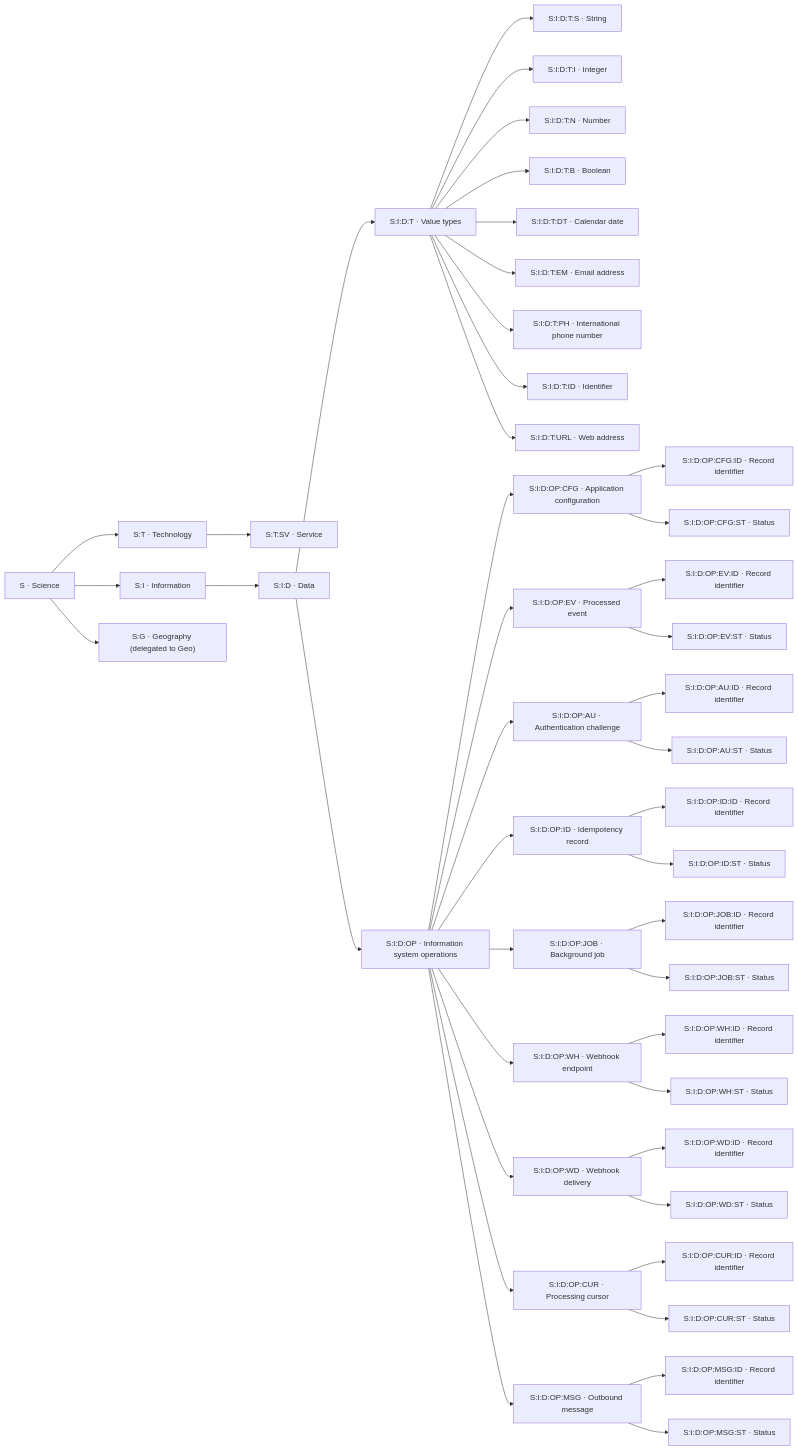
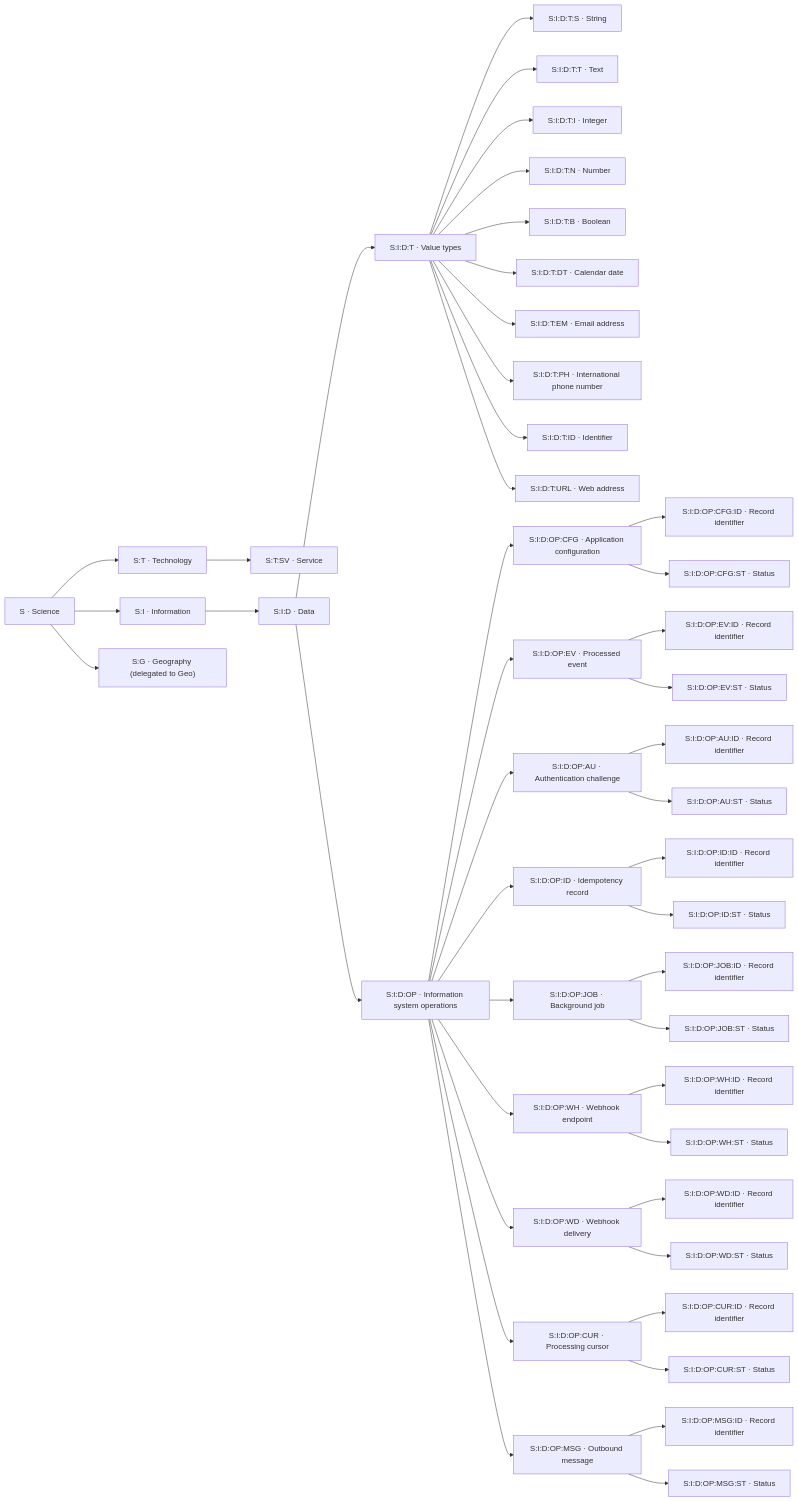
Before and after one commit to VowLabs/Ontology: the sixth of 7 diagrams in docs/taxonomy.md, drawn with Mermaid. The commit also changed other lines of this file and 11 other files, not shown here.

```diff
--- a/docs/taxonomy.md
+++ b/docs/taxonomy.md
@@ -1013,6 +1013,7 @@
     n_S_I_D["S:I:D · Data"]
     n_S_I_D_T["S:I:D:T · Value types"]
     n_S_I_D_T_S["S:I:D:T:S · String"]
+    n_S_I_D_T_T["S:I:D:T:T · Text"]
     n_S_I_D_T_I["S:I:D:T:I · Integer"]
     n_S_I_D_T_N["S:I:D:T:N · Number"]
     n_S_I_D_T_B["S:I:D:T:B · Boolean"]
@@ -1056,6 +1057,7 @@
     n_S_I --> n_S_I_D
     n_S_I_D --> n_S_I_D_T
     n_S_I_D_T --> n_S_I_D_T_S
+    n_S_I_D_T --> n_S_I_D_T_T
     n_S_I_D_T --> n_S_I_D_T_I
     n_S_I_D_T --> n_S_I_D_T_N
     n_S_I_D_T --> n_S_I_D_T_B
```
